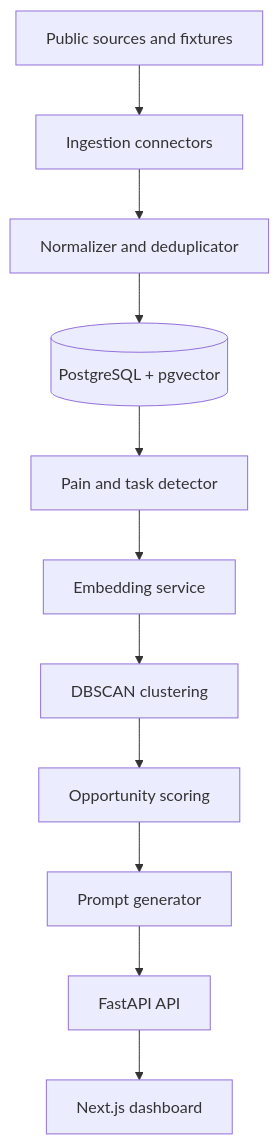
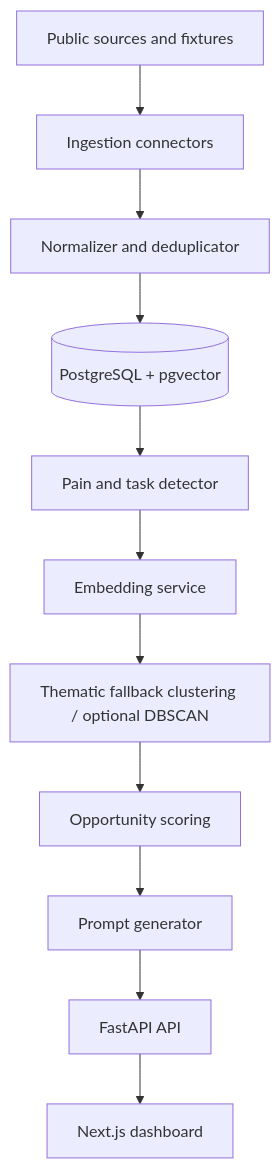
The diagram in README.md (Yurii201811/tasksignal), drawn with Mermaid before and after one commit. The commit also changed 11 other files, not shown here.

````diff
--- a/README.md
+++ b/README.md
@@ -54,13 +54,13 @@
 ```mermaid
 flowchart TD
   A[Public sources and fixtures] --> B[Ingestion connectors]
   B --> C[Normalizer and deduplicator]
   C --> D[(PostgreSQL + pgvector)]
   D --> E[Pain and task detector]
   E --> F[Embedding service]
-  F --> G[DBSCAN clustering]
+  F --> G[Thematic fallback clustering / optional DBSCAN]
   G --> H[Opportunity scoring]
   H --> I[Prompt generator]
   I --> J[FastAPI API]
   J --> K[Next.js dashboard]
 ```
````
